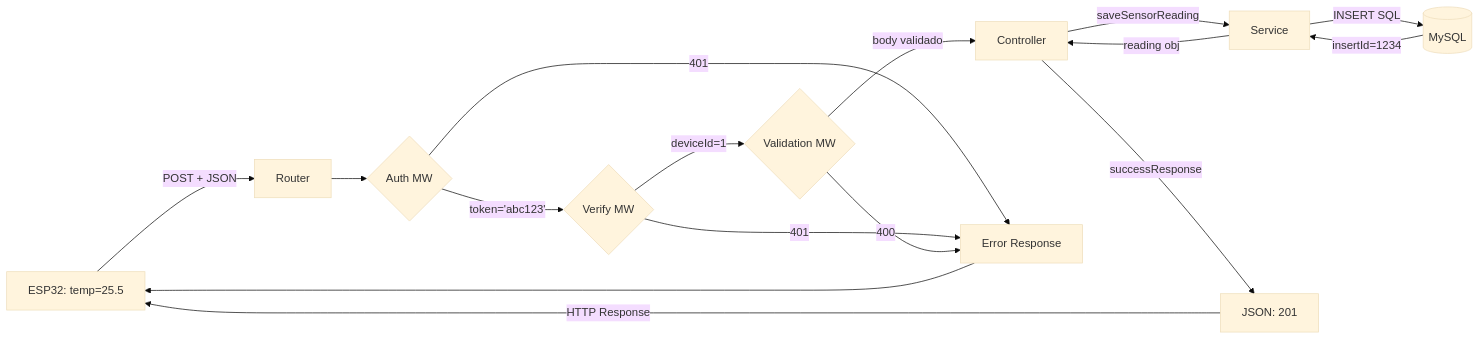
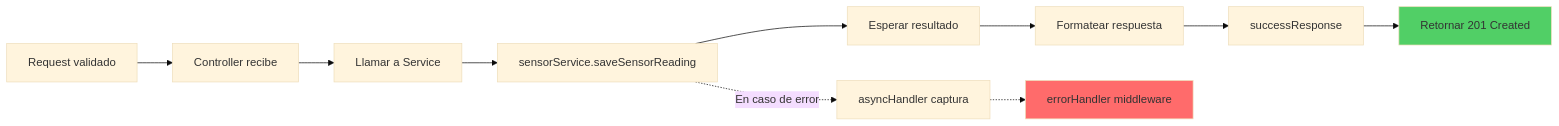
One commit to cristopher281/Port-n-ESP32 changed the sixth of 11 diagrams in docs/DATA_FLOW.md. Above: the diagram before and after it, drawn with Mermaid (base theme). The commit also changed other lines of this file, not shown here.

Commit message:
feat: Implement core backend and frontend services including database schema, user authentication, and device/sensor API interactions.

````diff
--- a/docs/DATA_FLOW.md
+++ b/docs/DATA_FLOW.md
@@ -661,19 +332,16 @@
 ```mermaid
-graph LR
-    A[ESP32: temp=25.5] -->|POST + JSON| B[Router]
-    B --> C{Auth MW}
-    C -->|token='abc123'| D{Verify MW}
-    D -->|deviceId=1| E{Validation MW}
-    E -->|body validado| F[Controller]
-    F -->|saveSensorReading| G[Service]
-    G -->|INSERT SQL| H[(MySQL)]
-    H -->|insertId=1234| G
-    G -->|reading obj| F
-    F -->|successResponse| I[JSON: 201]
-    I -->|HTTP Response| A
+flowchart LR
+    A[Request validado] --> B[Controller recibe]
+    B --> C[Llamar a Service]
+    C --> D[sensorService.saveSensorReading]
+    D --> E[Esperar resultado]
+    E --> F[Formatear respuesta]
+    F --> G[successResponse]
+    G --> H[Retornar 201 Created]
     
-    C -->|401| J[Error Response]
-    D -->|401| J
-    E -->|400| J
-    J --> A
+    D -.->|En caso de error| I[asyncHandler captura]
+    I -.-> J[errorHandler middleware]
+    
+    style H fill:#51cf66
+    style J fill:#ff6b6b
 ```
````
